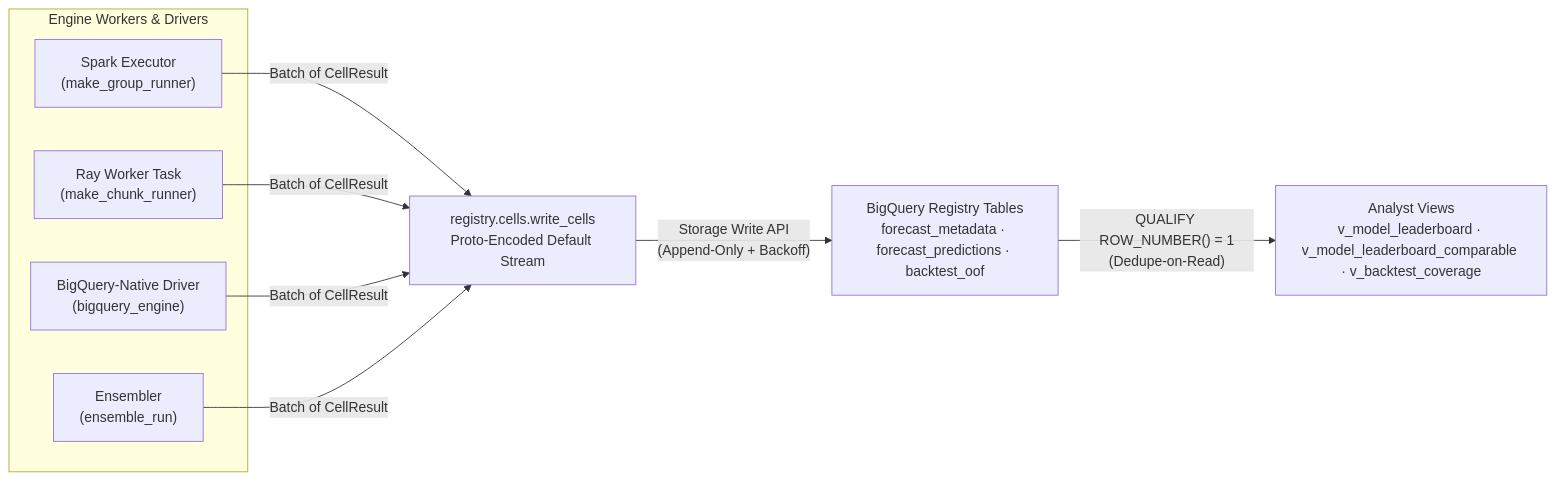
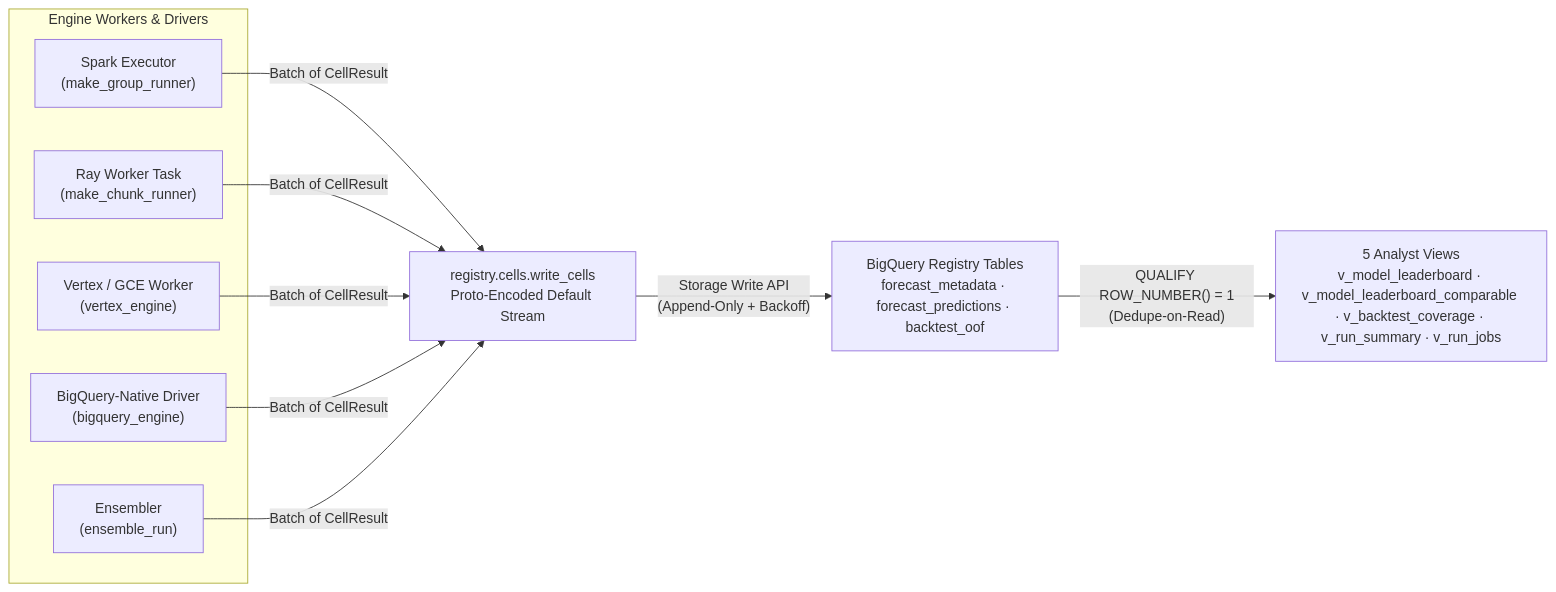
One commit to statmike/scale-forecasting changed the diagram in docs/writing_results.md. Above: the diagram before and after it, drawn with Mermaid. The commit also changed other lines of this file and 69 other files, not shown here.

First line of the commit message:
feat(compute): add vertex and gce runtimes, unified compute params, GPU-VM catalog, and AGENTS.md

````diff
--- a/docs/writing_results.md
+++ b/docs/writing_results.md
@@ -10,12 +10,13 @@
 ```mermaid
 flowchart LR
     subgraph Writers["Engine Workers & Drivers"]
         W1["Spark Executor\n(make_group_runner)"]
         W2["Ray Worker Task\n(make_chunk_runner)"]
+        W5["Vertex / GCE Worker\n(vertex_engine)"]
         W3["BigQuery-Native Driver\n(bigquery_engine)"]
         W4["Ensembler\n(ensemble_run)"]
     end
-    W1 & W2 & W3 & W4 -->|"Batch of CellResult"| Cells["registry.cells.write_cells\nProto-Encoded Default Stream"]
+    W1 & W2 & W5 & W3 & W4 -->|"Batch of CellResult"| Cells["registry.cells.write_cells\nProto-Encoded Default Stream"]
     Cells -->|"Storage Write API\n(Append-Only + Backoff)"| Tables["BigQuery Registry Tables\nforecast_metadata · forecast_predictions · backtest_oof"]
-    Tables -->|"QUALIFY ROW_NUMBER() = 1\n(Dedupe-on-Read)"| Views["Analyst Views\nv_model_leaderboard · v_model_leaderboard_comparable · v_backtest_coverage"]
+    Tables -->|"QUALIFY ROW_NUMBER() = 1\n(Dedupe-on-Read)"| Views["5 Analyst Views\nv_model_leaderboard · v_model_leaderboard_comparable · v_backtest_coverage · v_run_summary · v_run_jobs"]
 ```
````
